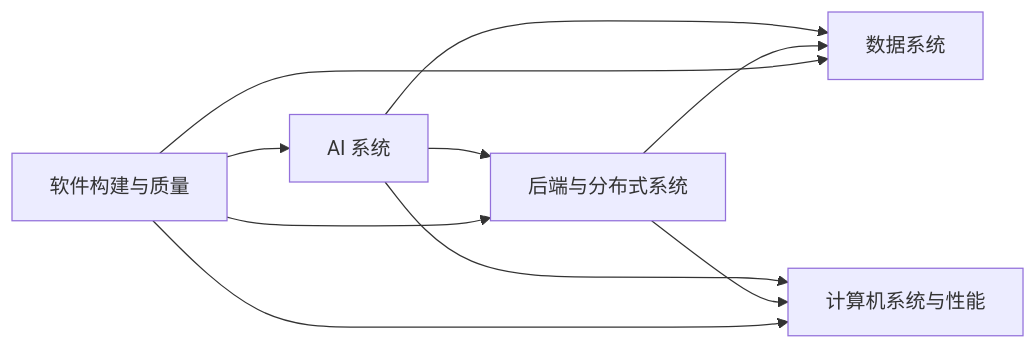
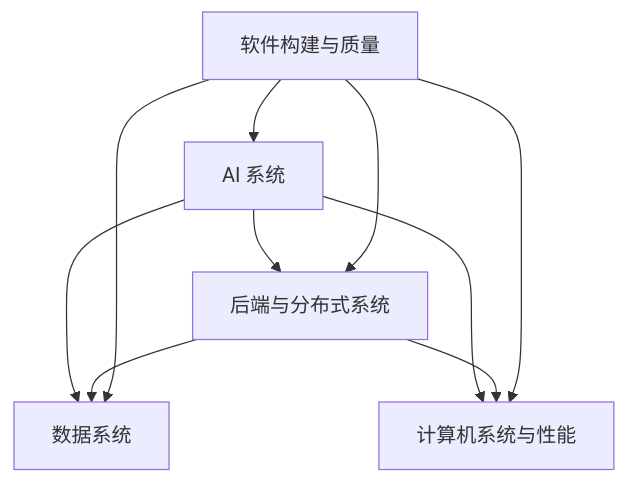
The diagram in vault/知识库首页.md (hub138/technical-knowledge), drawn with Mermaid before and after one commit. The commit also changed other lines of this file and 622 other files, not shown here.

```diff
--- a/vault/知识库首页.md
+++ b/vault/知识库首页.md
@@ -52,12 +52,12 @@
 ~~~mermaid
-flowchart LR
+flowchart TD
     A[AI 系统] --> B[后端与分布式系统]
     A --> P[计算机系统与性能]
     A --> D[数据系统]
     B --> D
     B --> P
     S[软件构建与质量] --> A
     S --> B
     S --> D
     S --> P
 ~~~
```
